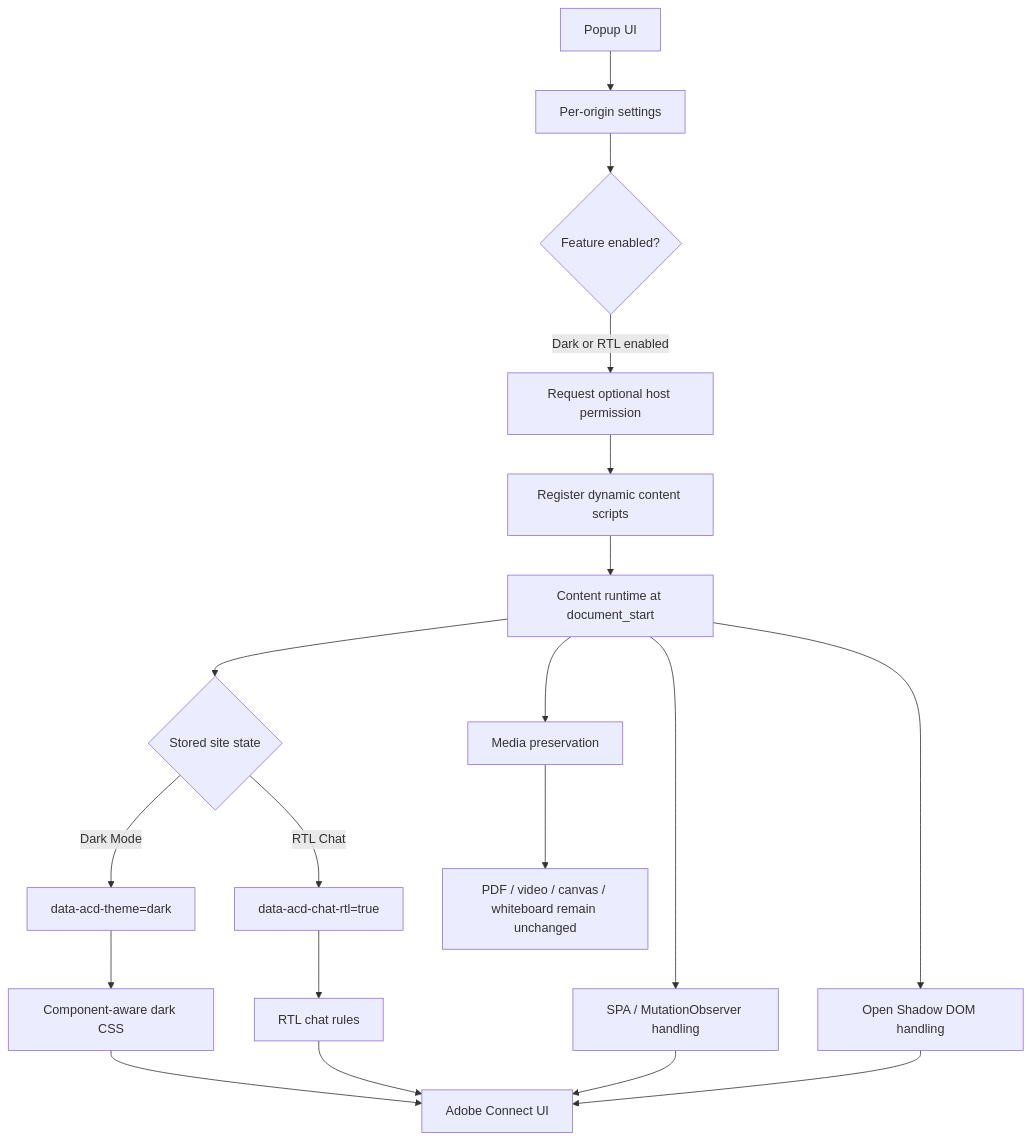
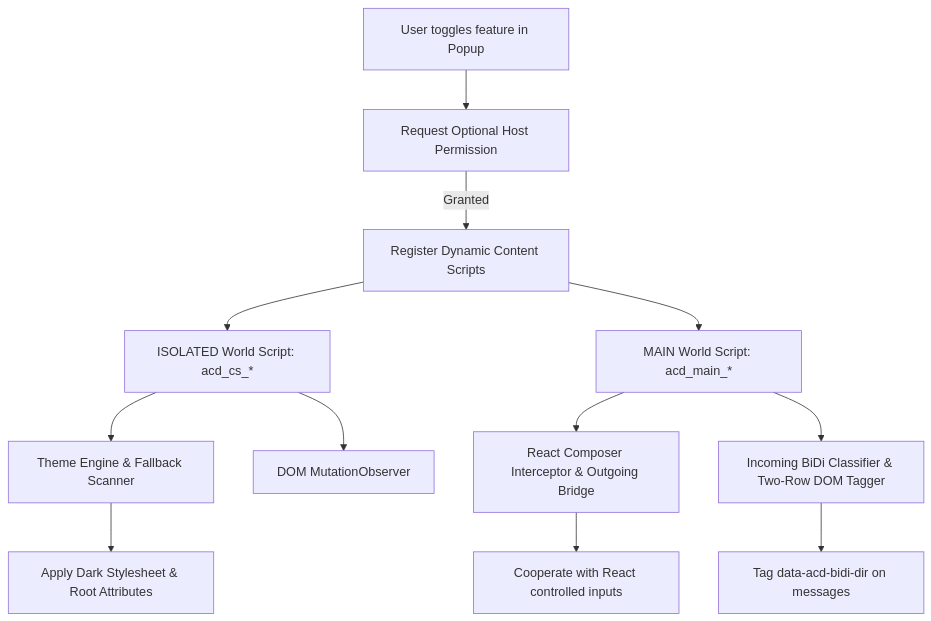
The diagram in README.md (Mr-Azizi/adobe-connect-dark), drawn with Mermaid before and after one commit. The commit also changed other lines of this file and 6 other files, not shown here.

````diff
--- a/README.md
+++ b/README.md
@@ -453,21 +448,14 @@
 ```mermaid
 flowchart TD
-    A[Popup UI] --> B[Per-origin settings]
-    B --> C{Feature enabled?}
-    C -->|Dark or RTL enabled| D[Request optional host permission]
-    D --> E[Register dynamic content scripts]
-    E --> F[Content runtime at document_start]
-    F --> G{Stored site state}
-    G -->|Dark Mode| H[data-acd-theme=dark]
-    G -->|RTL Chat| I[data-acd-chat-rtl=true]
-    H --> J[Component-aware dark CSS]
-    I --> K[RTL chat rules]
-    F --> L[SPA / MutationObserver handling]
-    F --> M[Open Shadow DOM handling]
-    F --> N[Media preservation]
-    J --> O[Adobe Connect UI]
-    K --> O
-    L --> O
-    M --> O
-    N --> P[PDF / video / canvas / whiteboard remain unchanged]
+    A[User toggles feature in Popup] --> B[Request Optional Host Permission]
+    B -->|Granted| C[Register Dynamic Content Scripts]
+    C --> D[ISOLATED World Script: acd_cs_*]
+    C --> E[MAIN World Script: acd_main_*]
+    D --> F[Theme Engine & Fallback Scanner]
+    D --> G[DOM MutationObserver]
+    E --> H[React Composer Interceptor & Outgoing Bridge]
+    E --> I[Incoming BiDi Classifier & Two-Row DOM Tagger]
+    F --> J[Apply Dark Stylesheet & Root Attributes]
+    H --> K[Cooperate with React controlled inputs]
+    I --> L[Tag data-acd-bidi-dir on messages]
 ```
````
